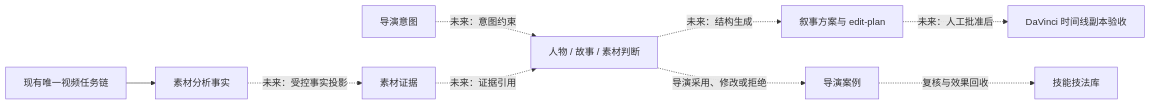
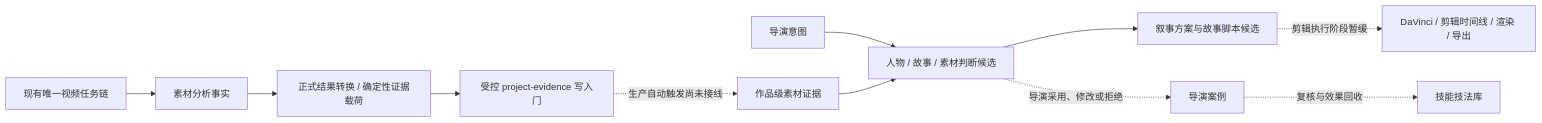
Before and after one commit to MAKingljx/video-autoworker: the second of 2 diagrams in docs/architecture/director-brain.md, drawn with Mermaid. The commit also changed other lines of this file and 71 other files, not shown here.

````diff
--- a/docs/architecture/director-brain.md
+++ b/docs/architecture/director-brain.md
@@ -71,11 +124,13 @@
 ```mermaid
 flowchart LR
   M["现有唯一视频任务链"] --> A["素材分析事实"]
-  A -. "未来：受控事实投影" .-> E["素材证据"]
-  I["导演意图"] -. "未来：意图约束" .-> J["人物 / 故事 / 素材判断"]
-  E -. "未来：证据引用" .-> J
-  J -. "未来：结构生成" .-> N["叙事方案与 edit-plan"]
-  N -. "未来：人工批准后" .-> D["DaVinci 时间线副本验收"]
+  A --> P["正式结果转换 / 确定性证据载荷"]
+  P --> G["受控 project-evidence 写入门"]
+  G -. "生产自动触发尚未接线" .-> E["作品级素材证据"]
+  I["导演意图"] --> J["人物 / 故事 / 素材判断候选"]
+  E --> J
+  J --> N["叙事方案与故事脚本候选"]
+  N -. "剪辑执行阶段暂缓" .-> D["DaVinci / 剪辑时间线 / 渲染 / 导出"]
   J -. "导演采用、修改或拒绝" .-> C["导演案例"]
   C -. "复核与效果回收" .-> K["技能技法库"]
 ```
````
